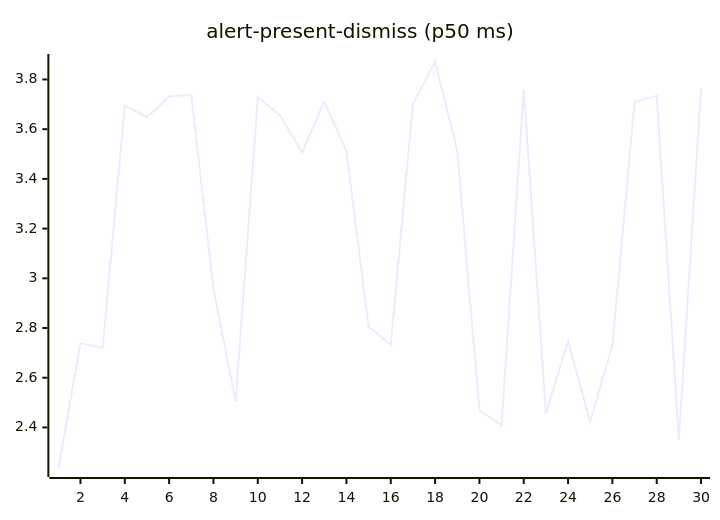
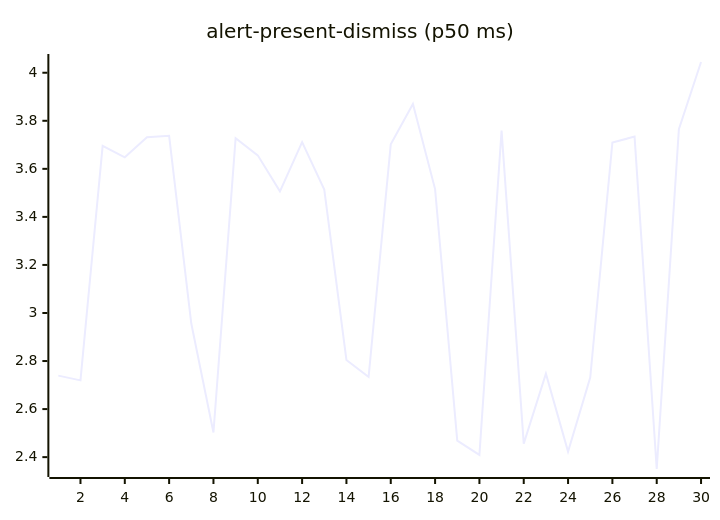
Before and after one commit to josha/Facet: the second of 27 diagrams in README.md, drawn with Mermaid. The commit also changed other lines of this file and 2 other files, not shown here.

````diff
--- a/README.md
+++ b/README.md
@@ -70,6 +70,6 @@
 ```mermaid
 xychart-beta
     title "alert-present-dismiss (p50 ms)"
     x-axis 1 --> 30
-    line [2.2328, 2.7393, 2.7195, 3.6955, 3.6480, 3.7318, 3.7373, 2.9562, 2.5024, 3.7273, 3.6562, 3.5064, 3.7112, 3.5136, 2.8044, 2.7337, 3.7022, 3.8703, 3.5157, 2.4688, 2.4093, 3.7592, 2.4564, 2.7475, 2.4232, 2.7312, 3.7096, 3.7340, 2.3506, 3.7650]
+    line [2.7393, 2.7195, 3.6955, 3.6480, 3.7318, 3.7373, 2.9562, 2.5024, 3.7273, 3.6562, 3.5064, 3.7112, 3.5136, 2.8044, 2.7337, 3.7022, 3.8703, 3.5157, 2.4688, 2.4093, 3.7592, 2.4564, 2.7475, 2.4232, 2.7312, 3.7096, 3.7340, 2.3506, 3.7650, 4.0447]
 ```
````
